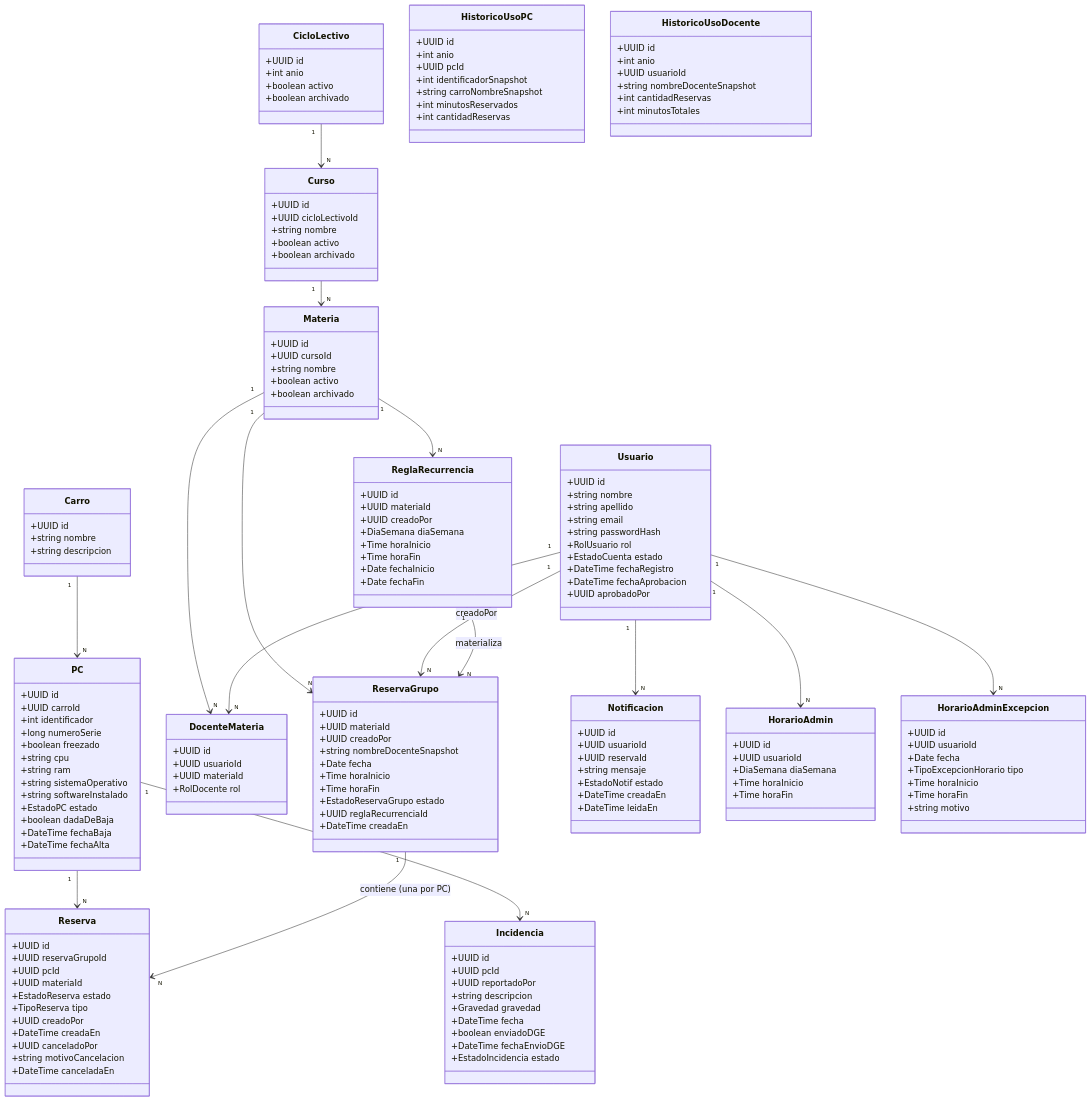
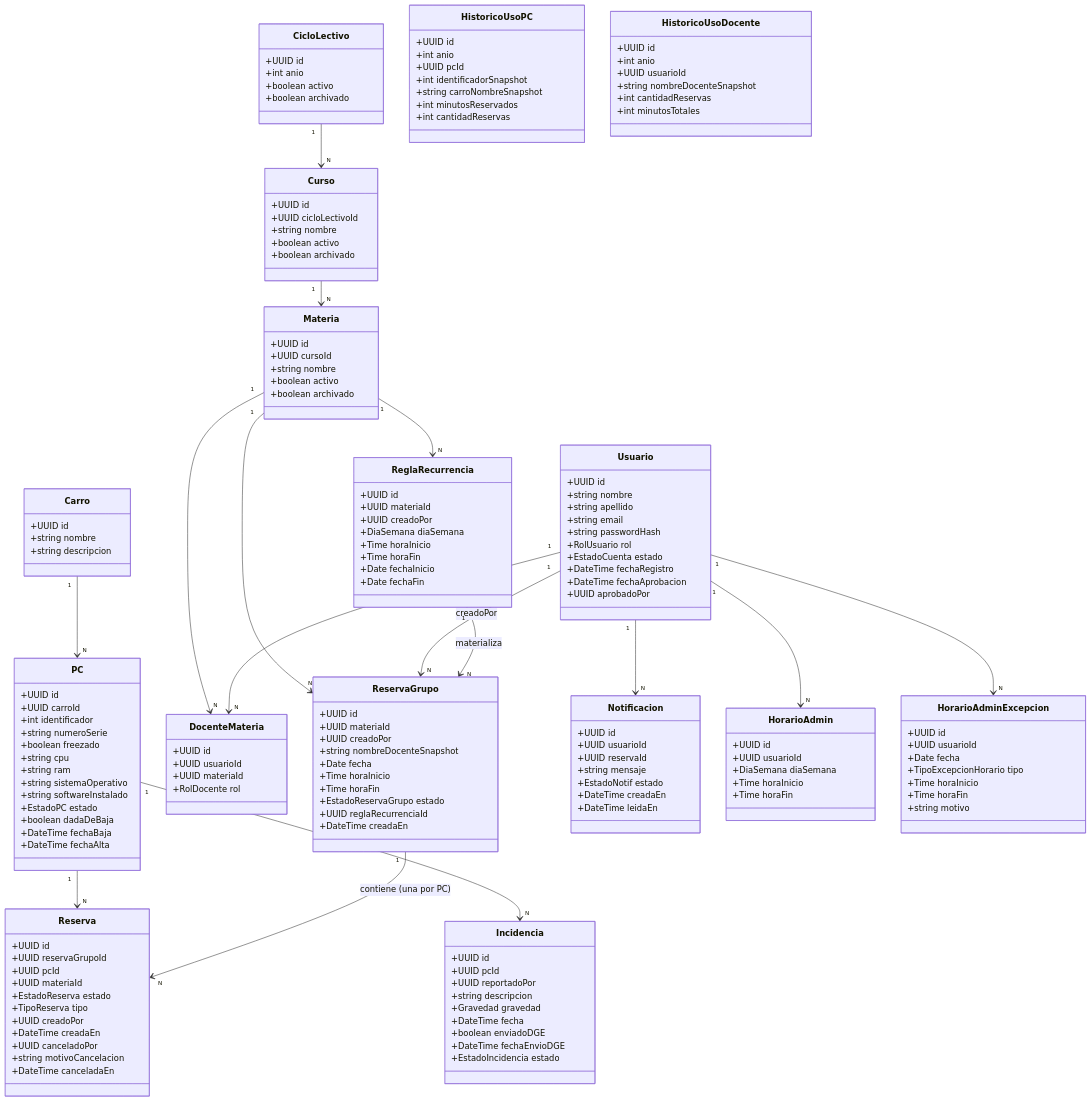
One commit to agustin-y2k/sgrc changed the diagram in docs/03-diagrama-clases.md. Above: the diagram before and after it, drawn with Mermaid. The commit also changed 22 other files, not shown here.

```diff
--- a/docs/03-diagrama-clases.md
+++ b/docs/03-diagrama-clases.md
@@ -25,7 +25,7 @@
         +UUID id
         +UUID carroId
         +int identificador
-        +long numeroSerie
+        +string numeroSerie
         +boolean freezado
         +string cpu
         +string ram
```
